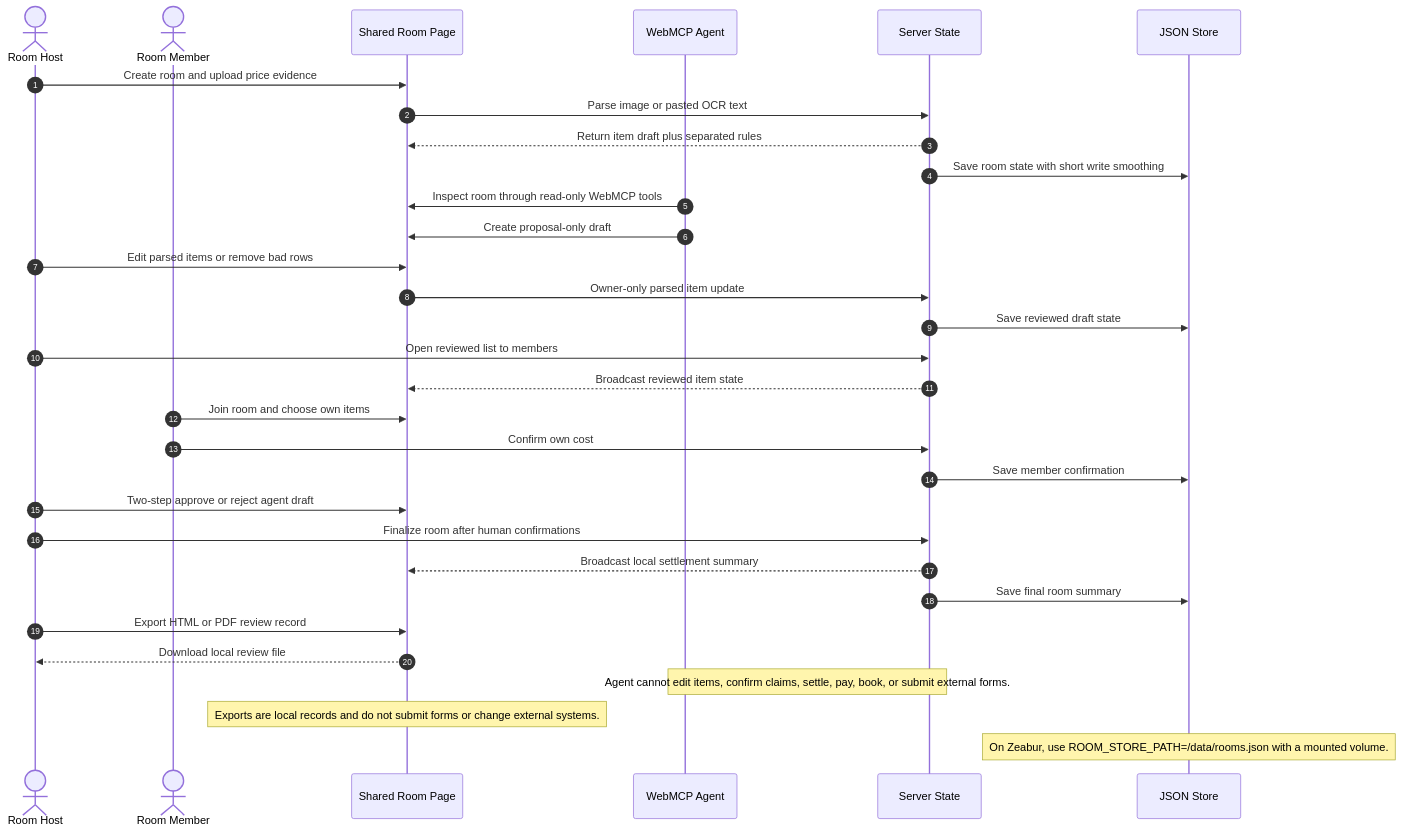
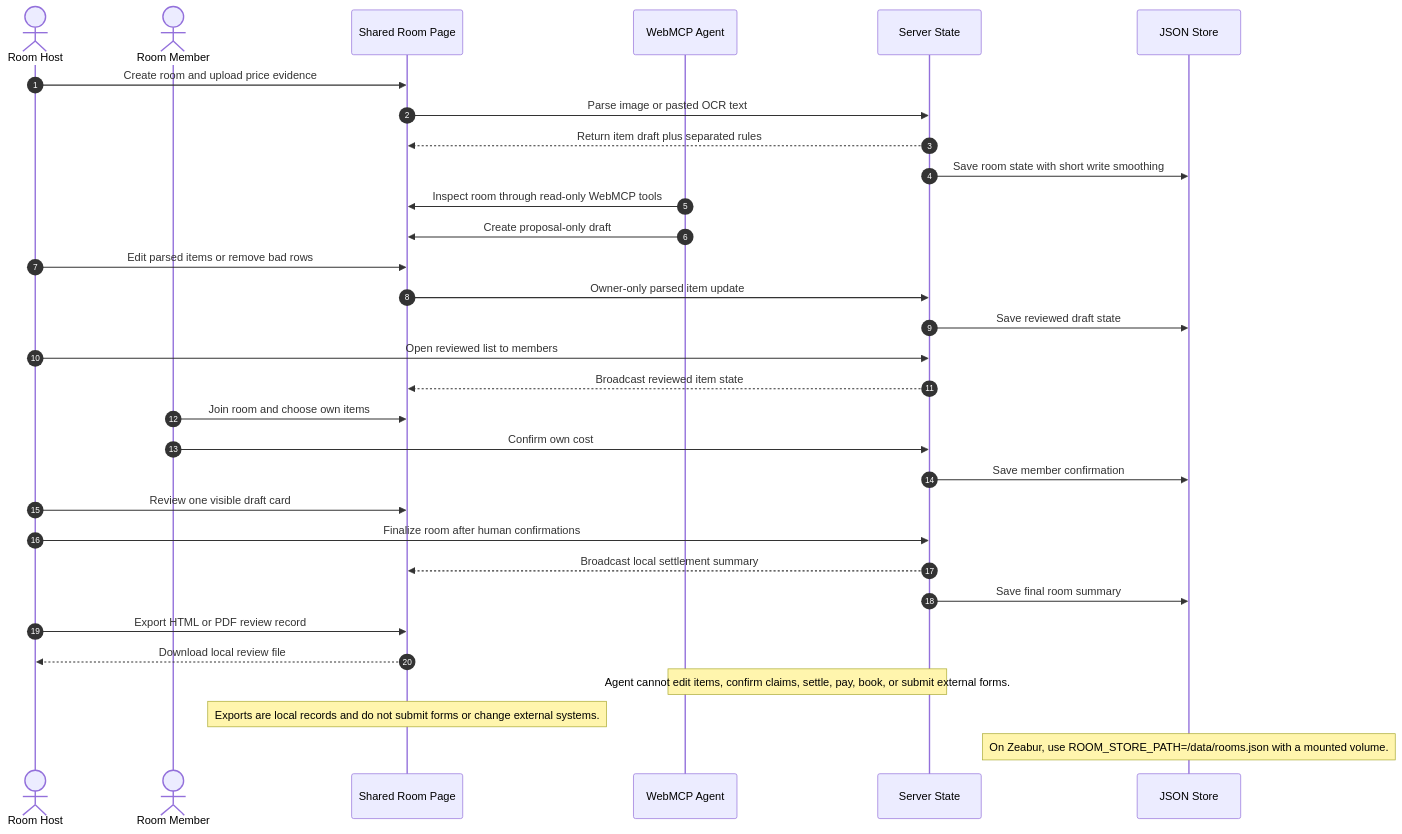
Before and after one commit to jiarong0423/shared-room-mcp: the first of 7 diagrams in docs/ai-generated/2026Q3/shared_room_mermaid_module_design_20260831.md, drawn with Mermaid. The commit also changed other lines of this file and 11 other files, not shown here.

````diff
--- a/docs/ai-generated/2026Q3/shared_room_mermaid_module_design_20260831.md
+++ b/docs/ai-generated/2026Q3/shared_room_mermaid_module_design_20260831.md
@@ -11,35 +11,35 @@
 ```mermaid
 sequenceDiagram
   autonumber
   actor Host as Room Host
   actor Member as Room Member
   participant Page as Shared Room Page
   participant Agent as WebMCP Agent
   participant Server as Server State
   participant Store as JSON Store
 
   Host->>Page: Create room and upload price evidence
   Page->>Server: Parse image or pasted OCR text
   Server-->>Page: Return item draft plus separated rules
   Server->>Store: Save room state with short write smoothing
   Agent->>Page: Inspect room through read-only WebMCP tools
   Agent->>Page: Create proposal-only draft
   Host->>Page: Edit parsed items or remove bad rows
   Page->>Server: Owner-only parsed item update
   Server->>Store: Save reviewed draft state
   Host->>Server: Open reviewed list to members
   Server-->>Page: Broadcast reviewed item state
   Member->>Page: Join room and choose own items
   Member->>Server: Confirm own cost
   Server->>Store: Save member confirmation
-  Host->>Page: Two-step approve or reject agent draft
+  Host->>Page: Review one visible draft card
   Host->>Server: Finalize room after human confirmations
   Server-->>Page: Broadcast local settlement summary
   Server->>Store: Save final room summary
   Host->>Page: Export HTML or PDF review record
   Page-->>Host: Download local review file
 
   Note over Agent,Server: Agent cannot edit items, confirm claims, settle, pay, book, or submit external forms.
   Note over Page: Exports are local records and do not submit forms or change external systems.
   Note over Store: On Zeabur, use ROOM_STORE_PATH=/data/rooms.json with a mounted volume.
 ```
````
